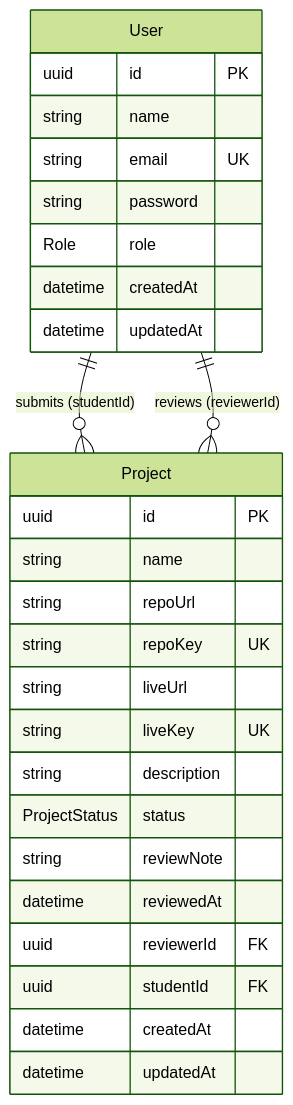
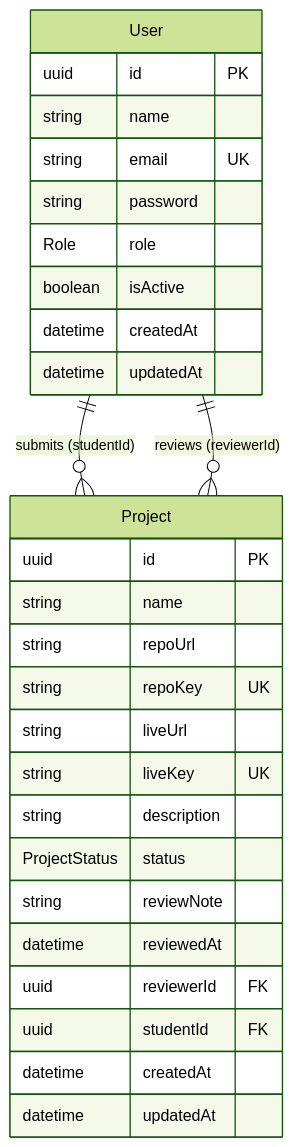
The diagram in docs/DATABASE.md (belalhossain22000/task-reviewer), drawn with Mermaid (forest theme) before and after one commit. The commit also changed other lines of this file and 1 other file, not shown here.

Commit message:
docs: add isActive field to user schema and update plan for account activation support

````diff
--- a/docs/DATABASE.md
+++ b/docs/DATABASE.md
@@ -8,32 +8,33 @@
 ```mermaid
 erDiagram
     User ||--o{ Project : "submits (studentId)"
     User ||--o{ Project : "reviews (reviewerId)"
 
     User {
         uuid id PK
         string name
         string email UK
         string password
         Role role
+        boolean isActive
         datetime createdAt
         datetime updatedAt
     }
 
     Project {
         uuid id PK
         string name
         string repoUrl
         string repoKey UK
         string liveUrl
         string liveKey UK
         string description
         ProjectStatus status
         string reviewNote
         datetime reviewedAt
         uuid reviewerId FK
         uuid studentId FK
         datetime createdAt
         datetime updatedAt
     }
 ```
````
